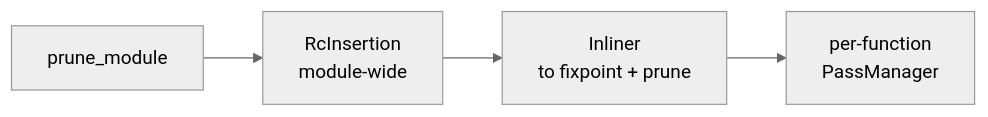
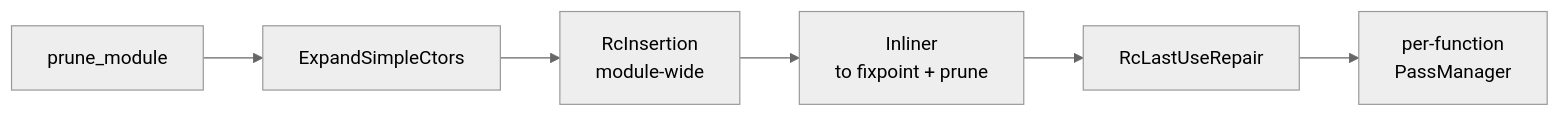
Before and after one commit to sps014/dream: the first of 2 diagrams in docs/internals/05-writing-passes.md, drawn with Mermaid (neutral theme). The commit also changed other lines of this file and 30 other files, not shown here.

````diff
--- a/docs/internals/05-writing-passes.md
+++ b/docs/internals/05-writing-passes.md
@@ -35,4 +35,4 @@
 ```mermaid
 flowchart LR
-    prune1[prune_module] --> rc[RcInsertion\nmodule-wide] --> inline[Inliner\nto fixpoint + prune] --> perfn[per-function\nPassManager]
+    prune1[prune_module] --> expand[ExpandSimpleCtors] --> rc[RcInsertion\nmodule-wide] --> inline[Inliner\nto fixpoint + prune] --> repair[RcLastUseRepair] --> perfn[per-function\nPassManager]
 ```
````
